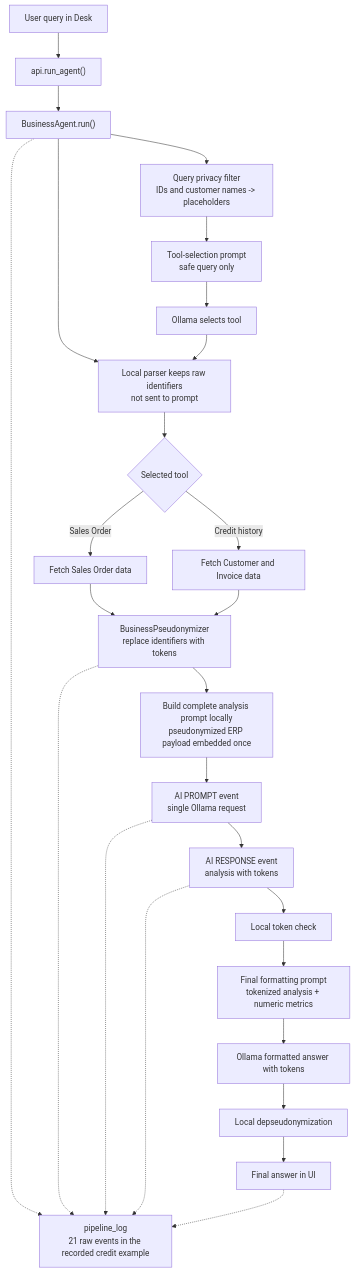
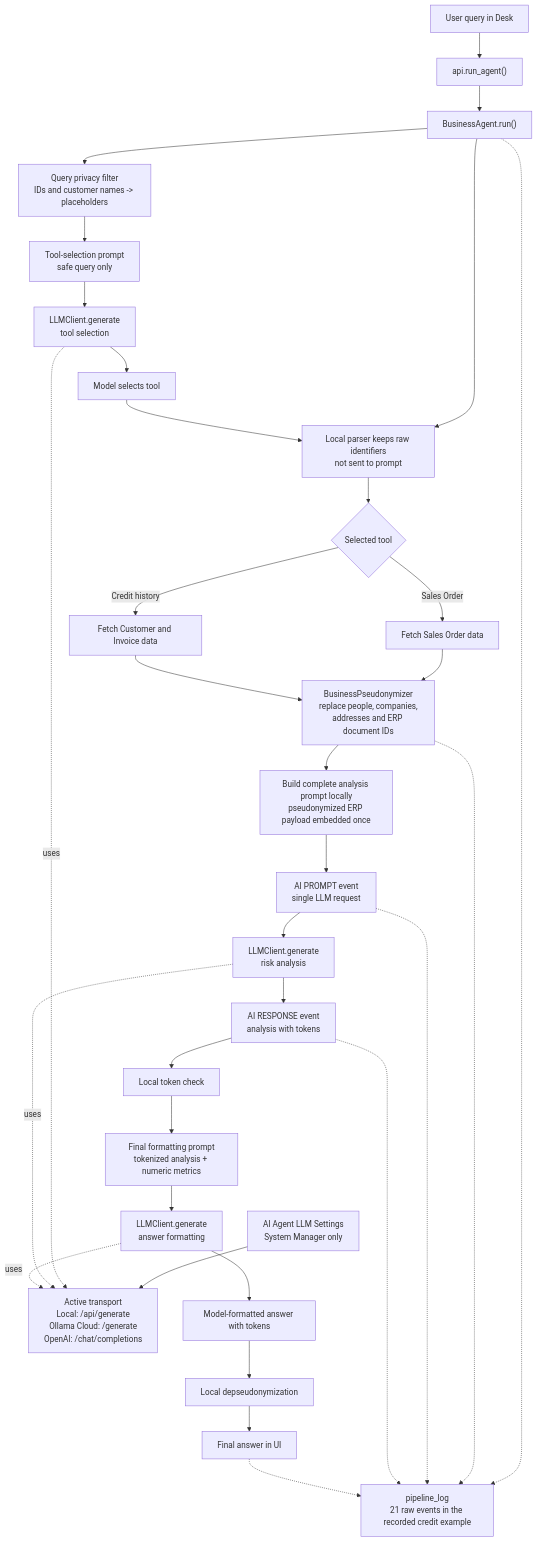
The diagram in README.md (siasty/Ai-agent-demo-), drawn with Mermaid before and after one commit. The commit also changed other lines of this file and 13 other files, not shown here.

````diff
--- a/README.md
+++ b/README.md
@@ -87,34 +91,41 @@
 ```mermaid
 flowchart TD
     User["User query in Desk"] --> API["api.run_agent()"]
     API --> Agent["BusinessAgent.run()"]
 
     Agent --> Filter["Query privacy filter<br/>IDs and customer names -> placeholders"]
     Filter --> ToolPrompt["Tool-selection prompt<br/>safe query only"]
-    ToolPrompt --> Select["Ollama selects tool"]
+    Settings["AI Agent LLM Settings<br/>System Manager only"] --> Transport["Active transport<br/>Local: /api/generate<br/>Ollama Cloud: /generate<br/>OpenAI: /chat/completions"]
+    ToolPrompt --> SelectCall["LLMClient.generate<br/>tool selection"]
+    SelectCall --> Select["Model selects tool"]
+    SelectCall -. uses .-> Transport
 
     Agent --> Parser["Local parser keeps raw identifiers<br/>not sent to prompt"]
     Select --> Parser
     Parser --> Tool{"Selected tool"}
 
     Tool -->|Sales Order| FetchSO["Fetch Sales Order data"]
     Tool -->|Credit history| FetchCredit["Fetch Customer and Invoice data"]
 
-    FetchSO --> Pseudo["BusinessPseudonymizer<br/>replace identifiers with tokens"]
+    FetchSO --> Pseudo["BusinessPseudonymizer<br/>replace people, companies,<br/>addresses and ERP document IDs"]
     FetchCredit --> Pseudo
     Pseudo --> BuildPrompt["Build complete analysis prompt locally<br/>pseudonymized ERP payload embedded once"]
-    BuildPrompt --> AnalysisPrompt["AI PROMPT event<br/>single Ollama request"]
-    AnalysisPrompt --> Analysis["AI RESPONSE event<br/>analysis with tokens"]
+    BuildPrompt --> AnalysisPrompt["AI PROMPT event<br/>single LLM request"]
+    AnalysisPrompt --> AnalysisCall["LLMClient.generate<br/>risk analysis"]
+    AnalysisCall --> Analysis["AI RESPONSE event<br/>analysis with tokens"]
+    AnalysisCall -. uses .-> Transport
 
     Analysis --> TokenCheck["Local token check"]
     TokenCheck --> FinalPrompt["Final formatting prompt<br/>tokenized analysis + numeric metrics"]
-    FinalPrompt --> SafeAnswer["Ollama formatted answer with tokens"]
+    FinalPrompt --> FormatCall["LLMClient.generate<br/>answer formatting"]
+    FormatCall --> SafeAnswer["Model-formatted answer with tokens"]
+    FormatCall -. uses .-> Transport
     SafeAnswer --> Restore["Local depseudonymization"]
     Restore --> UI["Final answer in UI"]
 
     Agent -.-> Log["pipeline_log<br/>21 raw events in the recorded credit example"]
     Pseudo -.-> Log
     AnalysisPrompt -.-> Log
     Analysis -.-> Log
     UI -.-> Log
 ```
````
